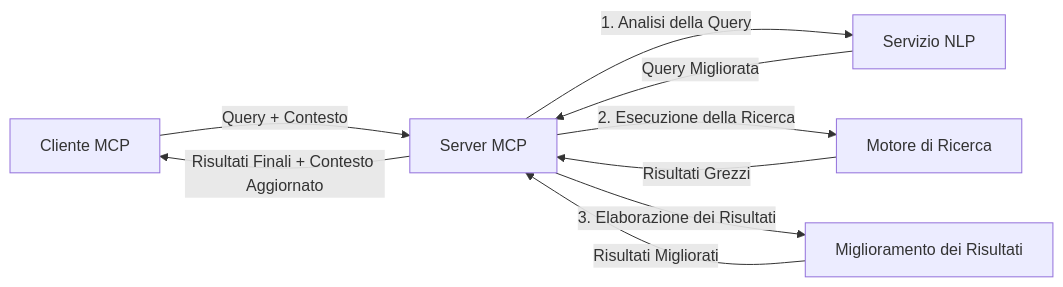
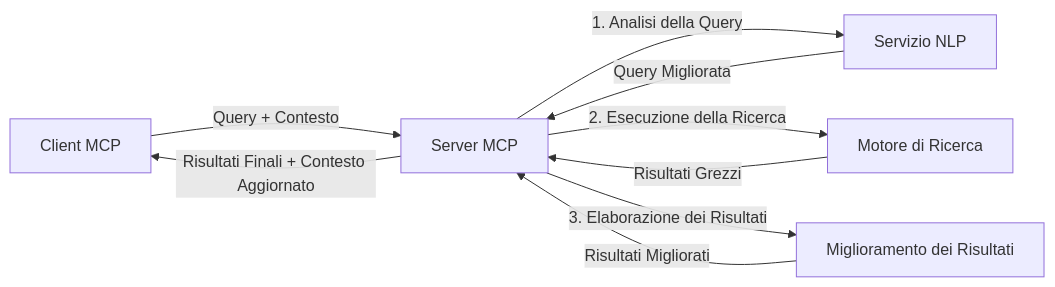
One commit to microsoft/mcp-for-beginners changed the fourth of 4 diagrams in translations/it/05-AdvancedTopics/mcp-realtimesearch/README.md. Above: the diagram before and after it, drawn with Mermaid. The commit also changed other lines of this file and 134 other files, not shown here.

````diff
--- a/translations/it/05-AdvancedTopics/mcp-realtimesearch/README.md
+++ b/translations/it/05-AdvancedTopics/mcp-realtimesearch/README.md
@@ -626,11 +628,11 @@
 ```mermaid
 graph LR
-    Client[Cliente MCP] --> |Query + Contesto| Server[Server MCP]
+    Client[Client MCP] --> |Query + Contesto| Server[Server MCP]
     Server --> |1. Analisi della Query| NLP[Servizio NLP]
     NLP --> |Query Migliorata| Server
     Server --> |2. Esecuzione della Ricerca| Search[Motore di Ricerca]
     Search --> |Risultati Grezzi| Server
     Server --> |3. Elaborazione dei Risultati| Enhancement[Miglioramento dei Risultati]
     Enhancement --> |Risultati Migliorati| Server
     Server --> |Risultati Finali + Contesto Aggiornato| Client
 ```
````
